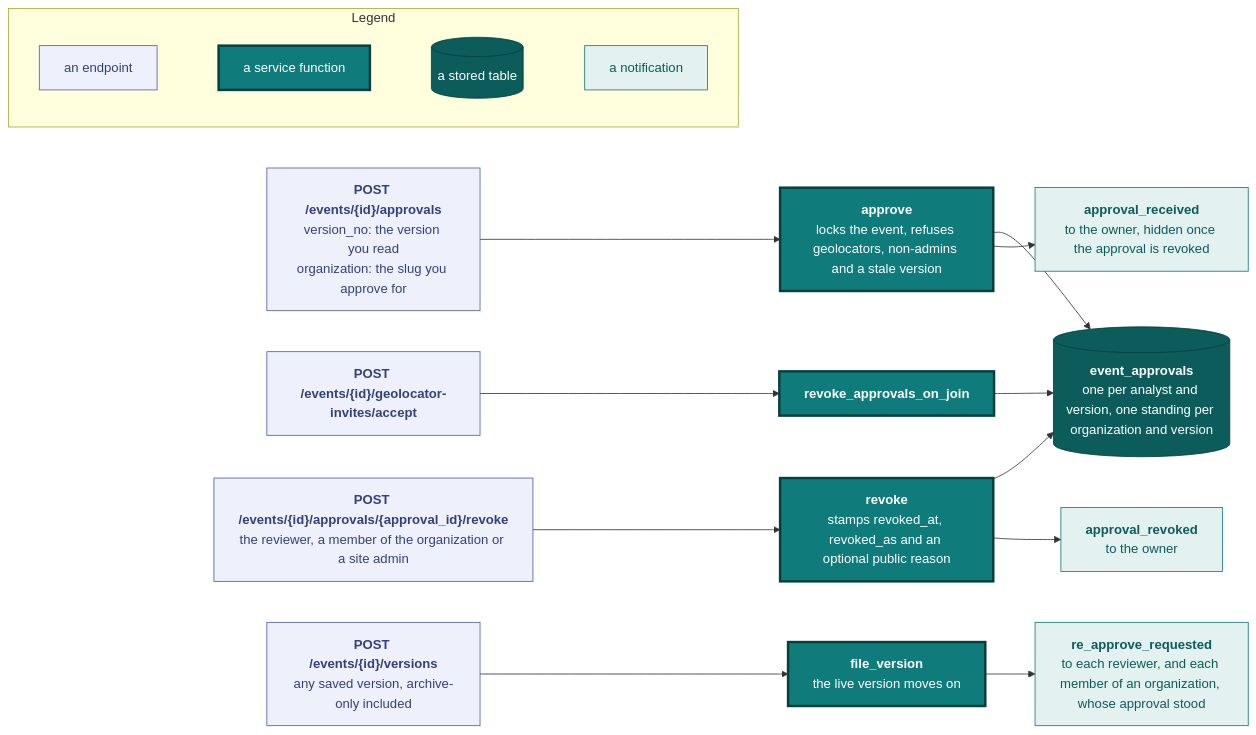
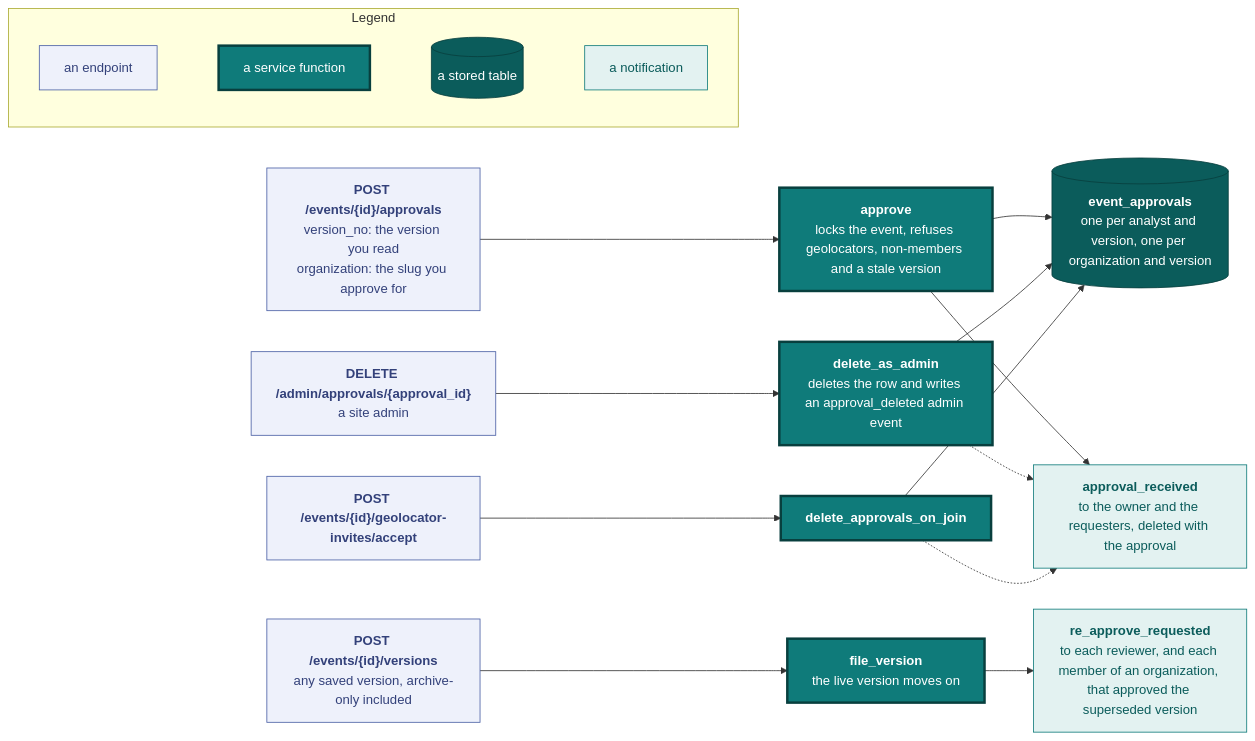
The fourth of 8 diagrams in docs/api.md (vidithq/vidit), drawn with Mermaid before and after one commit. The commit also changed other lines of this file and 5 other files, not shown here.

````diff
--- a/docs/api.md
+++ b/docs/api.md
@@ -1456,47 +1429,46 @@
 ```mermaid
 flowchart LR
   classDef spec fill:#eef1fb,stroke:#4a5fa5,color:#33417a
   classDef core fill:#0f7b7a,stroke:#083f3e,stroke-width:3px,color:#ffffff
   classDef store fill:#0b5c5b,stroke:#083f3e,color:#ffffff
   classDef shared fill:#e3f2f1,stroke:#0f7b7a,color:#0b5c5b
 
   subgraph legend [Legend]
     direction LR
     l1["`an endpoint`"]:::spec
     l2["`a service function`"]:::core
     l3[("`a stored table`")]:::store
     l4["`a notification`"]:::shared
     l1 ~~~ l2 ~~~ l3 ~~~ l4
   end
 
   approve["`**POST /events/{id}/approvals**
   version_no: the version you read
   organization: the slug you approve for`"]:::spec
-  revokeep["`**POST /events/{id}/approvals/{approval_id}/revoke**
-  the reviewer, a member of the organization or a site admin`"]:::spec
+  admindel["`**DELETE /admin/approvals/{approval_id}**
+  a site admin`"]:::spec
   edit["`**POST /events/{id}/versions**
   any saved version, archive-only included`"]:::spec
   accept["`**POST /events/{id}/geolocator-invites/accept**`"]:::spec
   place["`**approve**
-  locks the event, refuses geolocators, non-admins and a stale version`"]:::core
-  revoke["`**revoke**
-  stamps revoked_at, revoked_as and an optional public reason`"]:::core
+  locks the event, refuses geolocators, non-members and a stale version`"]:::core
+  delete["`**delete_as_admin**
+  deletes the row and writes an approval_deleted admin event`"]:::core
   file["`**file_version**
   the live version moves on`"]:::core
-  join["`**revoke_approvals_on_join**`"]:::core
+  join["`**delete_approvals_on_join**`"]:::core
   rows[("`**event_approvals**
-  one per analyst and version, one standing per organization and version`")]:::store
+  one per analyst and version, one per organization and version`")]:::store
   received["`**approval_received**
-  to the owner, hidden once the approval is revoked`"]:::shared
-  revoked["`**approval_revoked**
-  to the owner`"]:::shared
+  to the owner and the requesters, deleted with the approval`"]:::shared
   again["`**re_approve_requested**
-  to each reviewer, and each member of an organization, whose approval stood`"]:::shared
+  to each reviewer, and each member of an organization, that approved the superseded version`"]:::shared
 
   approve --> place --> rows
   place --> received
-  revokeep --> revoke --> rows
-  revoke --> revoked
+  admindel --> delete --> rows
+  delete -.-> received
   edit --> file --> again
   accept --> join --> rows
+  join -.-> received
 ```
````
